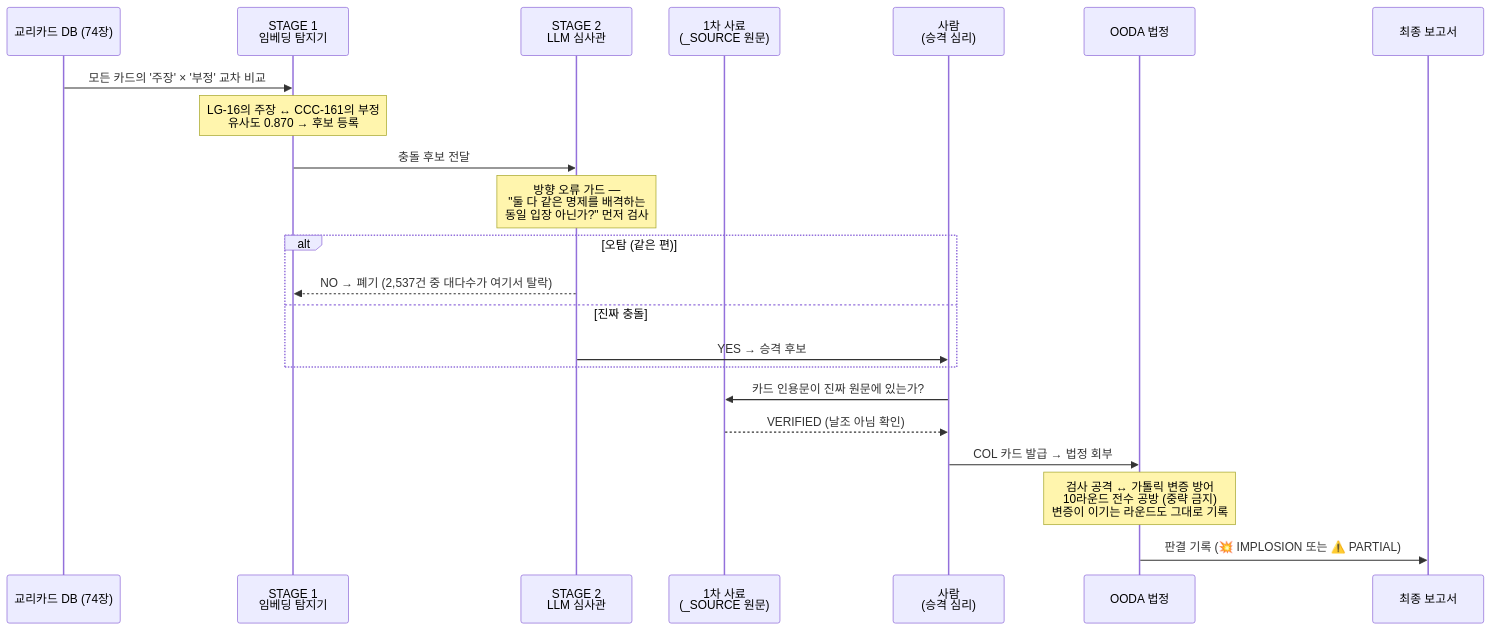
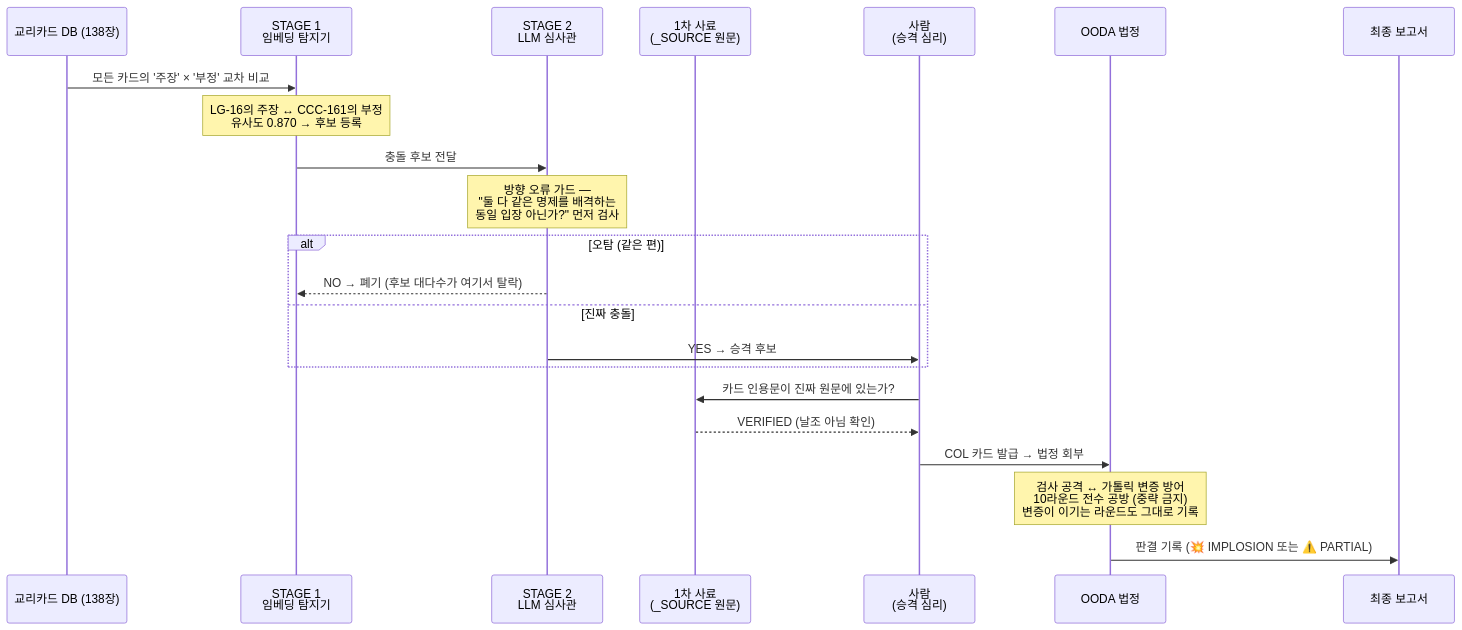
One commit to jloveonly-prog/the-scripture-audit-ko changed the second of 2 diagrams in the-catholic-audit/README.md. Above: the diagram before and after it, drawn with Mermaid. The commit also changed other lines of this file and 9 other files, not shown here.

````diff
--- a/the-catholic-audit/README.md
+++ b/the-catholic-audit/README.md
@@ -76,25 +76,25 @@
 ```mermaid
 sequenceDiagram
-    participant DB as 교리카드 DB (74장)
+    participant DB as 교리카드 DB (138장)
     participant S1 as STAGE 1<br/>임베딩 탐지기
     participant S2 as STAGE 2<br/>LLM 심사관
     participant SRC as 1차 사료<br/>(_SOURCE 원문)
     participant H as 사람<br/>(승격 심리)
     participant CT as OODA 법정
     participant R as 최종 보고서
 
     DB->>S1: 모든 카드의 '주장' × '부정' 교차 비교
     Note over S1: LG-16의 주장 ↔ CCC-161의 부정<br/>유사도 0.870 → 후보 등록
     S1->>S2: 충돌 후보 전달
     Note over S2: 방향 오류 가드 —<br/>"둘 다 같은 명제를 배격하는<br/>동일 입장 아닌가?" 먼저 검사
     alt 오탐 (같은 편)
-        S2-->>S1: NO → 폐기 (2,537건 중 대다수가 여기서 탈락)
+        S2-->>S1: NO → 폐기 (후보 대다수가 여기서 탈락)
     else 진짜 충돌
         S2->>H: YES → 승격 후보
     end
     H->>SRC: 카드 인용문이 진짜 원문에 있는가?
     SRC-->>H: VERIFIED (날조 아님 확인)
     H->>CT: COL 카드 발급 → 법정 회부
     Note over CT: 검사 공격 ↔ 가톨릭 변증 방어<br/>10라운드 전수 공방 (중략 금지)<br/>변증이 이기는 라운드도 그대로 기록
     CT->>R: 판결 기록 (💥 IMPLOSION 또는 ⚠️ PARTIAL)
 ```
````
